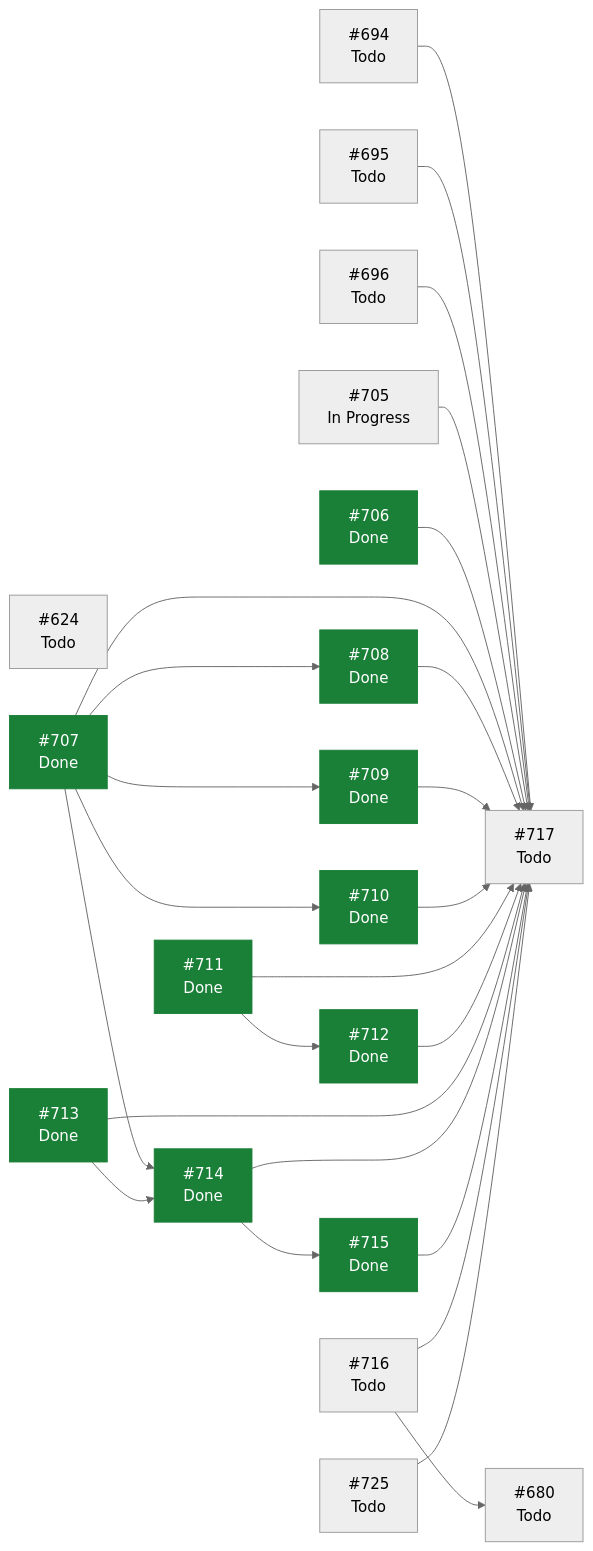
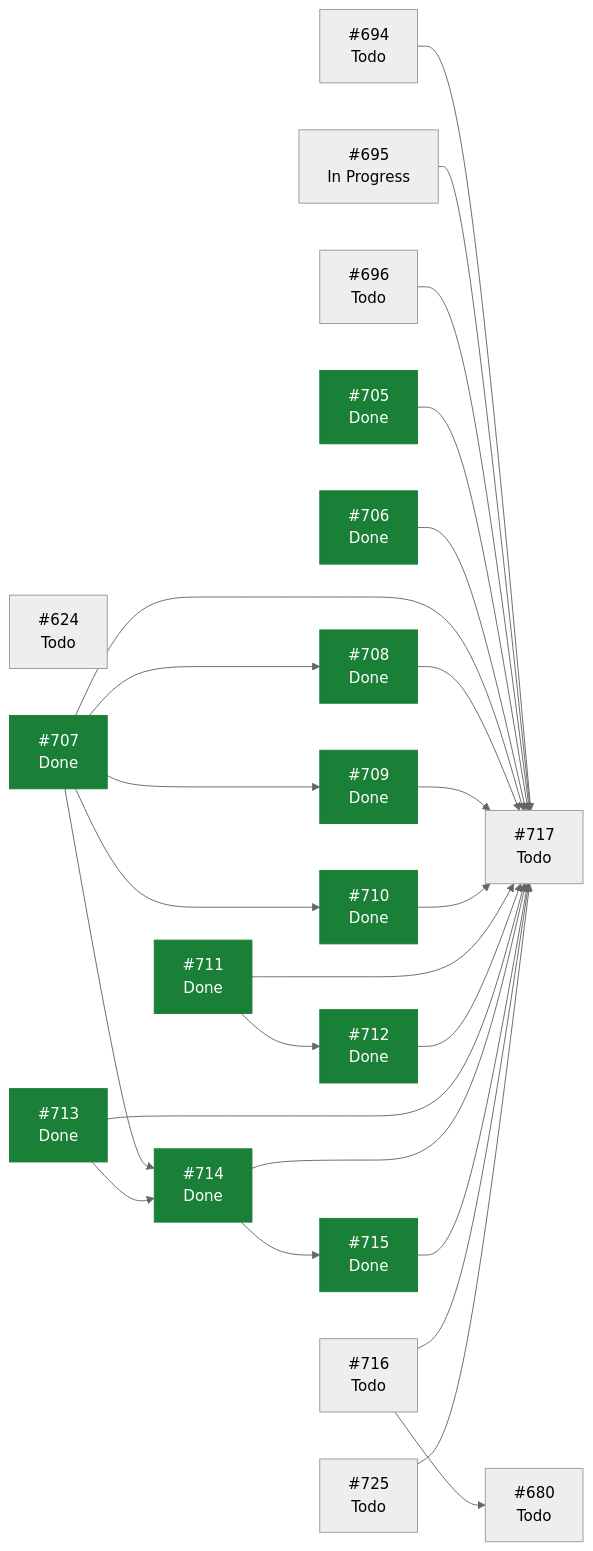
The diagram in docs/planning/STATUS.md (ecamp0s/evault), drawn with Mermaid (neutral theme) before and after one commit. The commit also changed other lines of this file, not shown here.

````diff
--- a/docs/planning/STATUS.md
+++ b/docs/planning/STATUS.md
@@ -110,48 +109,48 @@
 ```mermaid
 graph LR
   I624["#624<br/>Todo"]
   I680["#680<br/>Todo"]
   I694["#694<br/>Todo"]
-  I695["#695<br/>Todo"]
+  I695["#695<br/>In Progress"]
   I696["#696<br/>Todo"]
-  I705["#705<br/>In Progress"]
+  I705["#705<br/>Done"]
   I706["#706<br/>Done"]
   I707["#707<br/>Done"]
   I708["#708<br/>Done"]
   I709["#709<br/>Done"]
   I710["#710<br/>Done"]
   I711["#711<br/>Done"]
   I712["#712<br/>Done"]
   I713["#713<br/>Done"]
   I714["#714<br/>Done"]
   I715["#715<br/>Done"]
   I716["#716<br/>Todo"]
   I717["#717<br/>Todo"]
   I725["#725<br/>Todo"]
   I694 --> I717
   I695 --> I717
   I696 --> I717
   I705 --> I717
   I706 --> I717
   I707 --> I708
   I707 --> I709
   I707 --> I710
   I707 --> I714
   I707 --> I717
   I708 --> I717
   I709 --> I717
   I710 --> I717
   I711 --> I712
   I711 --> I717
   I712 --> I717
   I713 --> I714
   I713 --> I717
   I714 --> I715
   I714 --> I717
   I715 --> I717
   I716 --> I680
   I716 --> I717
   I725 --> I717
   classDef hecho fill:#1a7f37,stroke:#1a7f37,color:#fff;
-  class I706,I707,I708,I709,I710,I711,I712,I713,I714,I715 hecho;
+  class I705,I706,I707,I708,I709,I710,I711,I712,I713,I714,I715 hecho;
 ```
````
